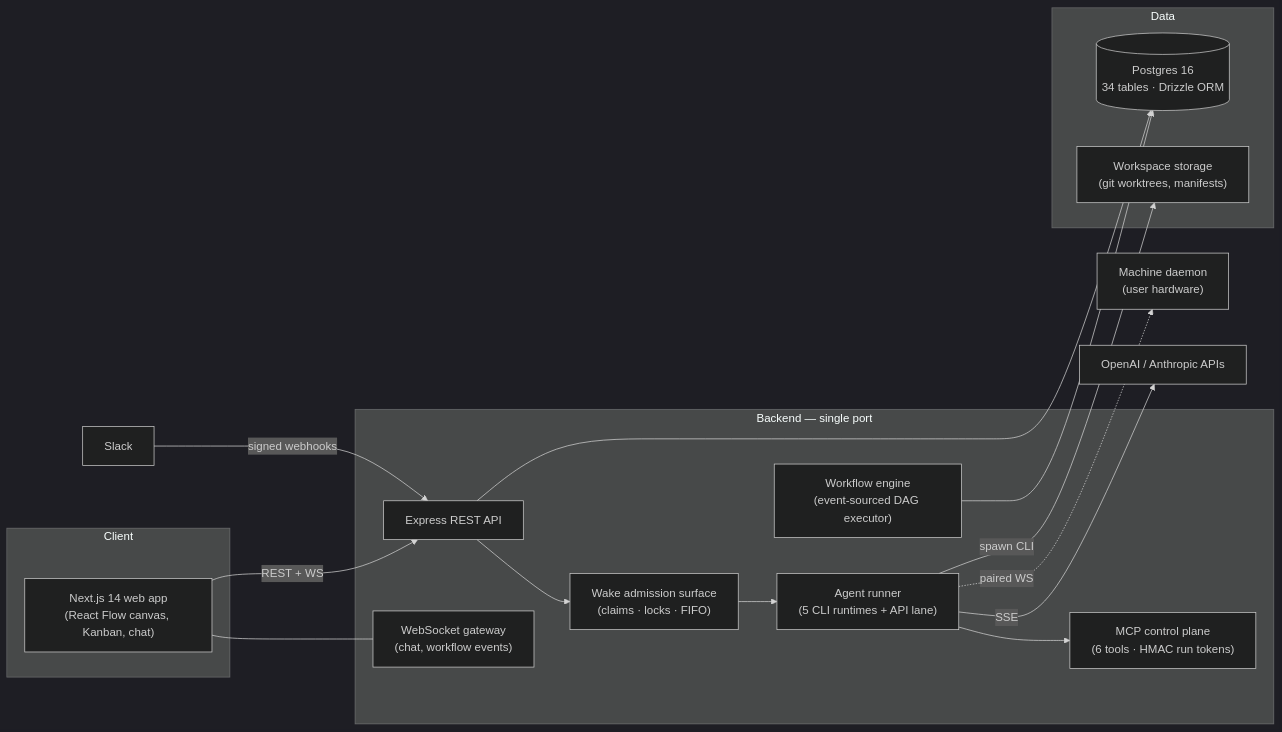
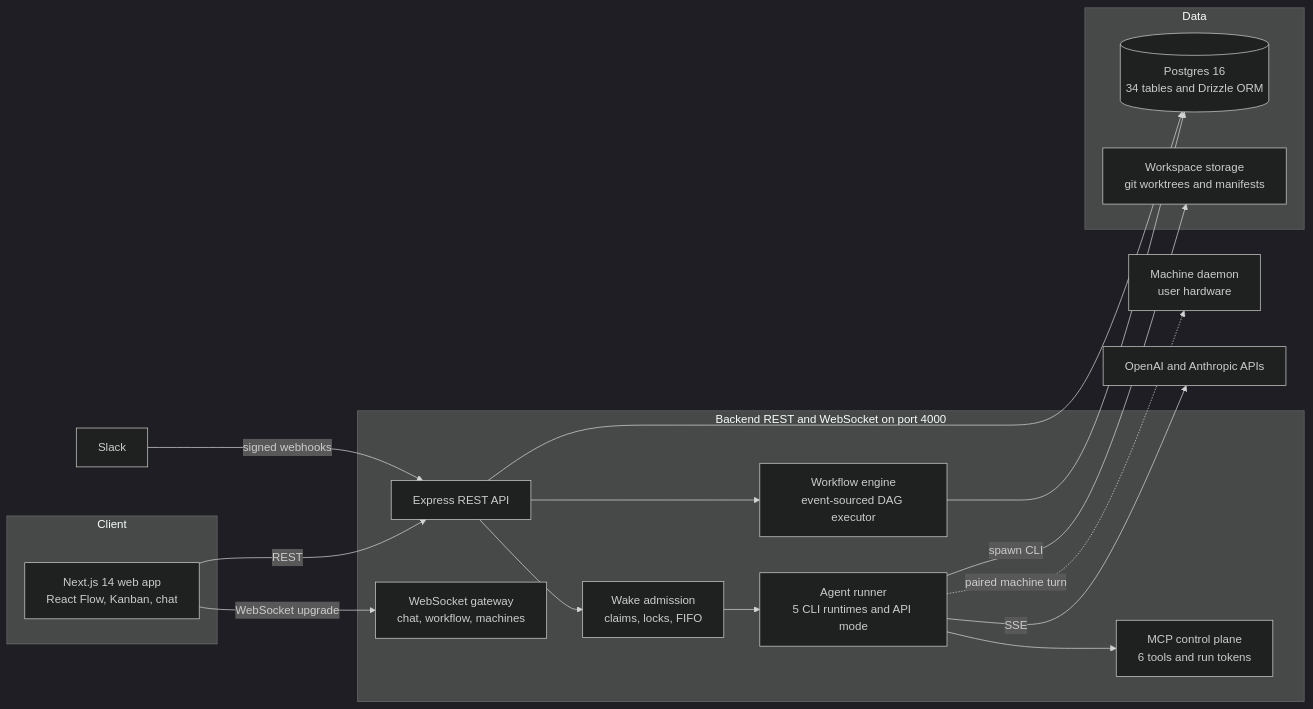
Before and after one commit to Jeremy-dev666/loxo: the diagram in README.md, drawn with Mermaid (dark theme). The commit also changed other lines of this file and 1 other file, not shown here.

````diff
--- a/README.md
+++ b/README.md
@@ -85,32 +88,33 @@
 ```mermaid
 flowchart LR
     subgraph Client
-        FE["Next.js 14 web app<br/>(React Flow canvas, Kanban, chat)"]
+        FE[Next.js 14 web app<br/>React Flow, Kanban, chat]
     end
-    subgraph Server["Backend — single port"]
-        API["Express REST API"]
-        WS["WebSocket gateway<br/>(chat, workflow events)"]
-        WAKE["Wake admission surface<br/>(claims · locks · FIFO)"]
-        ENGINE["Workflow engine<br/>(event-sourced DAG executor)"]
-        MCP["MCP control plane<br/>(6 tools · HMAC run tokens)"]
-        RUNNER["Agent runner<br/>(5 CLI runtimes + API lane)"]
+    subgraph Server[Backend REST and WebSocket on port 4000]
+        API[Express REST API]
+        WS[WebSocket gateway<br/>chat, workflow, machines]
+        WAKE[Wake admission<br/>claims, locks, FIFO]
+        ENGINE[Workflow engine<br/>event-sourced DAG executor]
+        MCP[MCP control plane<br/>6 tools and run tokens]
+        RUNNER[Agent runner<br/>5 CLI runtimes and API mode]
     end
     subgraph Data
-        PG[("Postgres 16<br/>34 tables · Drizzle ORM")]
-        FS["Workspace storage<br/>(git worktrees, manifests)"]
+        PG[(Postgres 16<br/>34 tables and Drizzle ORM)]
+        FS[Workspace storage<br/>git worktrees and manifests]
     end
-    DAEMON["Machine daemon<br/>(user hardware)"]
-    LLM["OpenAI / Anthropic APIs"]
-    SLACK["Slack"]
+    DAEMON[Machine daemon<br/>user hardware]
+    LLM[OpenAI and Anthropic APIs]
+    SLACK[Slack]
 
-    FE -->|REST + WS| API
-    FE --- WS
+    FE -->|REST| API
+    FE -->|WebSocket upgrade| WS
     API --> WAKE --> RUNNER
+    API --> ENGINE
     RUNNER --> MCP
     RUNNER -->|spawn CLI| FS
     RUNNER -->|SSE| LLM
     ENGINE --> PG
     API --> PG
-    RUNNER -.->|paired WS| DAEMON
+    RUNNER -.->|paired machine turn| DAEMON
     SLACK -->|signed webhooks| API
 ```
````
